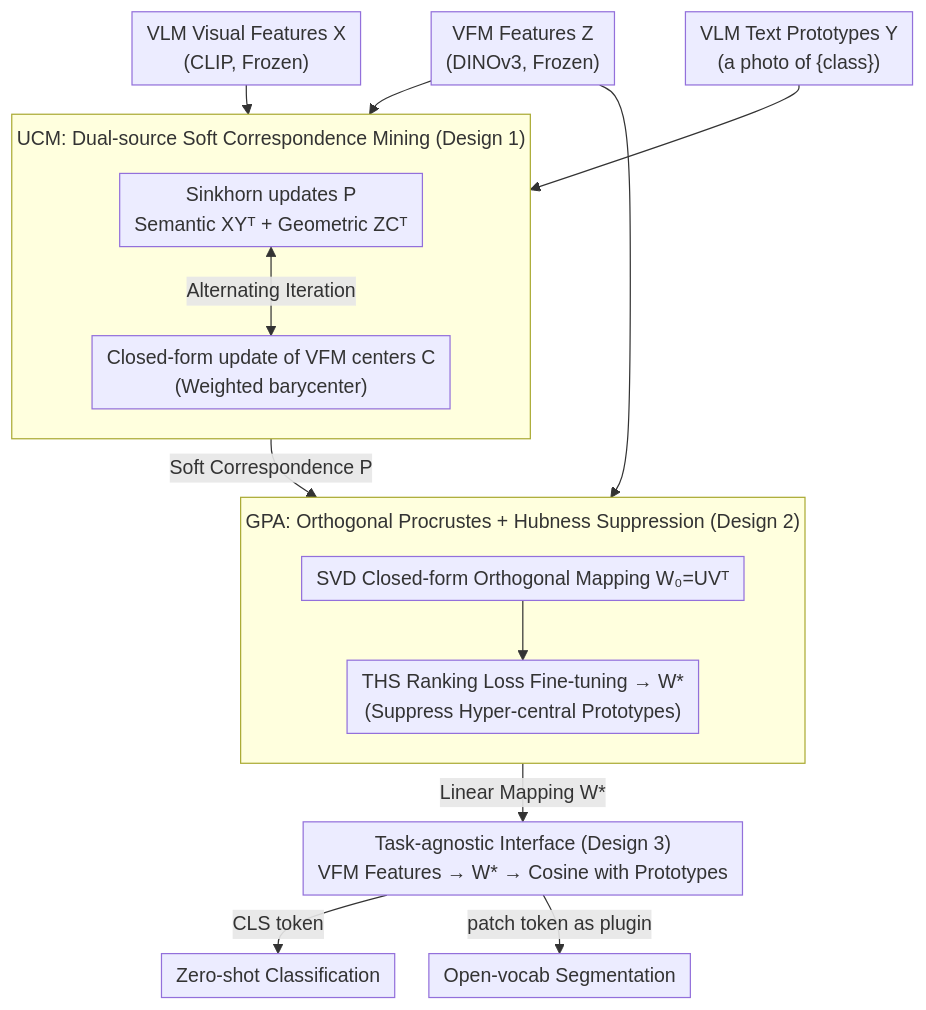
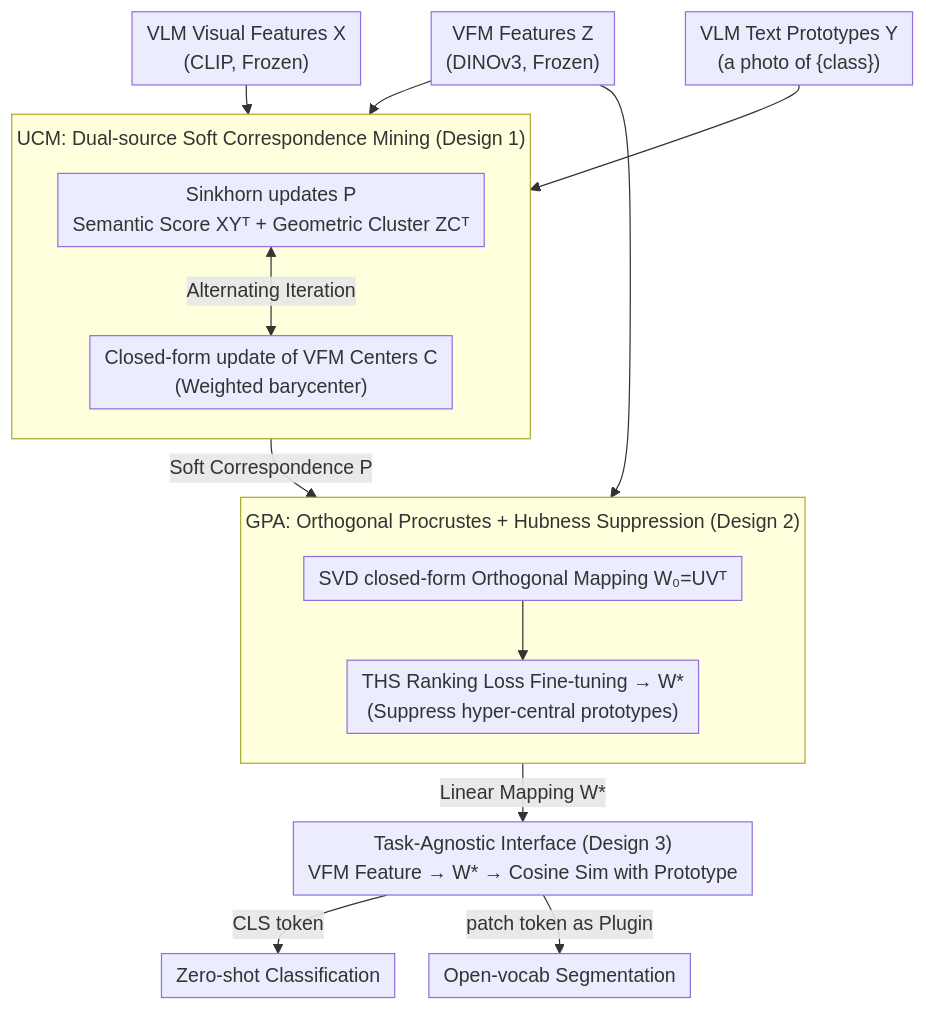
One commit to zhaoyang97/Paper-Notes-en changed the diagram in docs/ICML2026/segmentation/geometry-preserving_unsupervised_alignment_for_heterogeneous_foundation_models.md. Above: the diagram before and after it, drawn with Mermaid. The commit also changed other lines of this file and 5084 other files, not shown here.

````diff
--- a/docs/ICML2026/segmentation/geometry-preserving_unsupervised_alignment_for_heterogeneous_foundation_models.md
+++ b/docs/ICML2026/segmentation/geometry-preserving_unsupervised_alignment_for_heterogeneous_foundation_models.md
@@ -49,27 +49,27 @@
 ```mermaid
 %%{init: {'flowchart': {'rankSpacing': 24, 'nodeSpacing': 28, 'padding': 6, 'wrappingWidth': 400, 'subGraphTitleMargin': {'top': 8, 'bottom': 16}}}}%%
 flowchart TD
     Z["VFM Features Z<br/>(DINOv3, Frozen)"]
     X["VLM Visual Features X<br/>(CLIP, Frozen)"]
     Y["VLM Text Prototypes Y<br/>(a photo of {class})"]
     subgraph UCM["UCM: Dual-source Soft Correspondence Mining (Design 1)"]
         direction TB
-        S["Sinkhorn updates P<br/>Semantic XYᵀ + Geometric ZCᵀ"]
-        C["Closed-form update of VFM centers C<br/>(Weighted barycenter)"]
+        S["Sinkhorn updates P<br/>Semantic Score XYᵀ + Geometric Cluster ZCᵀ"]
+        C["Closed-form update of VFM Centers C<br/>(Weighted barycenter)"]
         S <-->|Alternating Iteration| C
     end
     subgraph GPA["GPA: Orthogonal Procrustes + Hubness Suppression (Design 2)"]
         direction TB
-        W0["SVD Closed-form Orthogonal Mapping W₀=UVᵀ"]
-        WS["THS Ranking Loss Fine-tuning → W*<br/>(Suppress Hyper-central Prototypes)"]
+        W0["SVD closed-form Orthogonal Mapping W₀=UVᵀ"]
+        WS["THS Ranking Loss Fine-tuning → W*<br/>(Suppress hyper-central prototypes)"]
         W0 --> WS
     end
     Z --> UCM
     X --> UCM
     Y --> UCM
     UCM -->|Soft Correspondence P| GPA
     Z --> GPA
-    GPA -->|Linear Mapping W*| INF["Task-agnostic Interface (Design 3)<br/>VFM Features → W* → Cosine with Prototypes"]
+    GPA -->|Linear Mapping W*| INF["Task-Agnostic Interface (Design 3)<br/>VFM Feature → W* → Cosine Sim with Prototype"]
     INF -->|CLS token| CLS["Zero-shot Classification"]
-    INF -->|patch token as plugin| SEG["Open-vocab Segmentation"]
+    INF -->|patch token as Plugin| SEG["Open-vocab Segmentation"]
 ```
````
